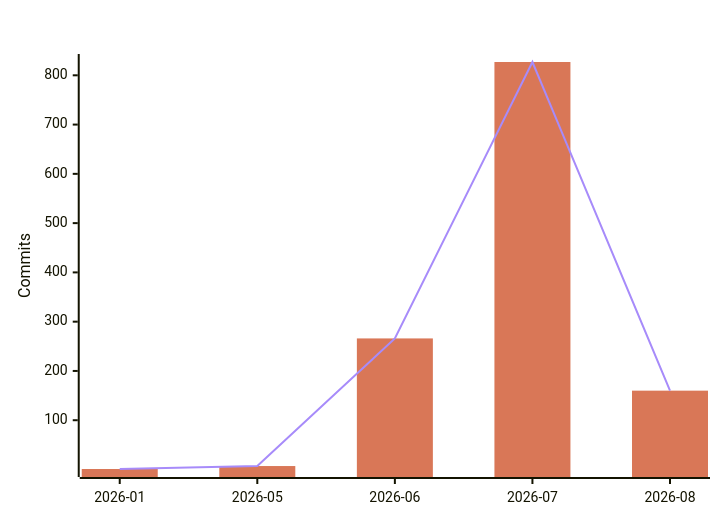
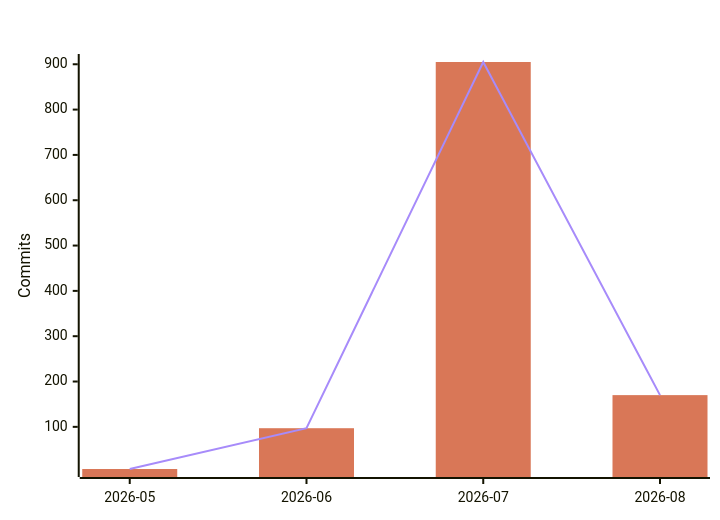
Before and after one commit to polo-nyan/polo-nyan: the fourth of 7 diagrams in README.md, drawn with Mermaid. The commit also changed other lines of this file and 1 other file, not shown here.

````diff
--- a/README.md
+++ b/README.md
@@ -294,9 +294,9 @@
 ```mermaid
 %%{init: {"xyChart": {"titleColor": "#ffffff", "xAxisLabelColor": "#ffffff", "yAxisLabelColor": "#ffffff"}, "themeVariables": {"xyChart": {"titleColor": "#ffffff", "plotColorPalette": "#d97757, #a78bfa"}}}}%%
 xychart-beta
     title "AI-Assisted Commits Per Month"
-    x-axis ["2026-01", "2026-05", "2026-06", "2026-07", "2026-08"]
+    x-axis ["2026-05", "2026-06", "2026-07", "2026-08"]
     y-axis "Commits"
-    bar [1, 7, 266, 827, 160]
-    line [1, 7, 266, 827, 160]
+    bar [7, 97, 905, 170]
+    line [7, 97, 905, 170]
 ```
````
